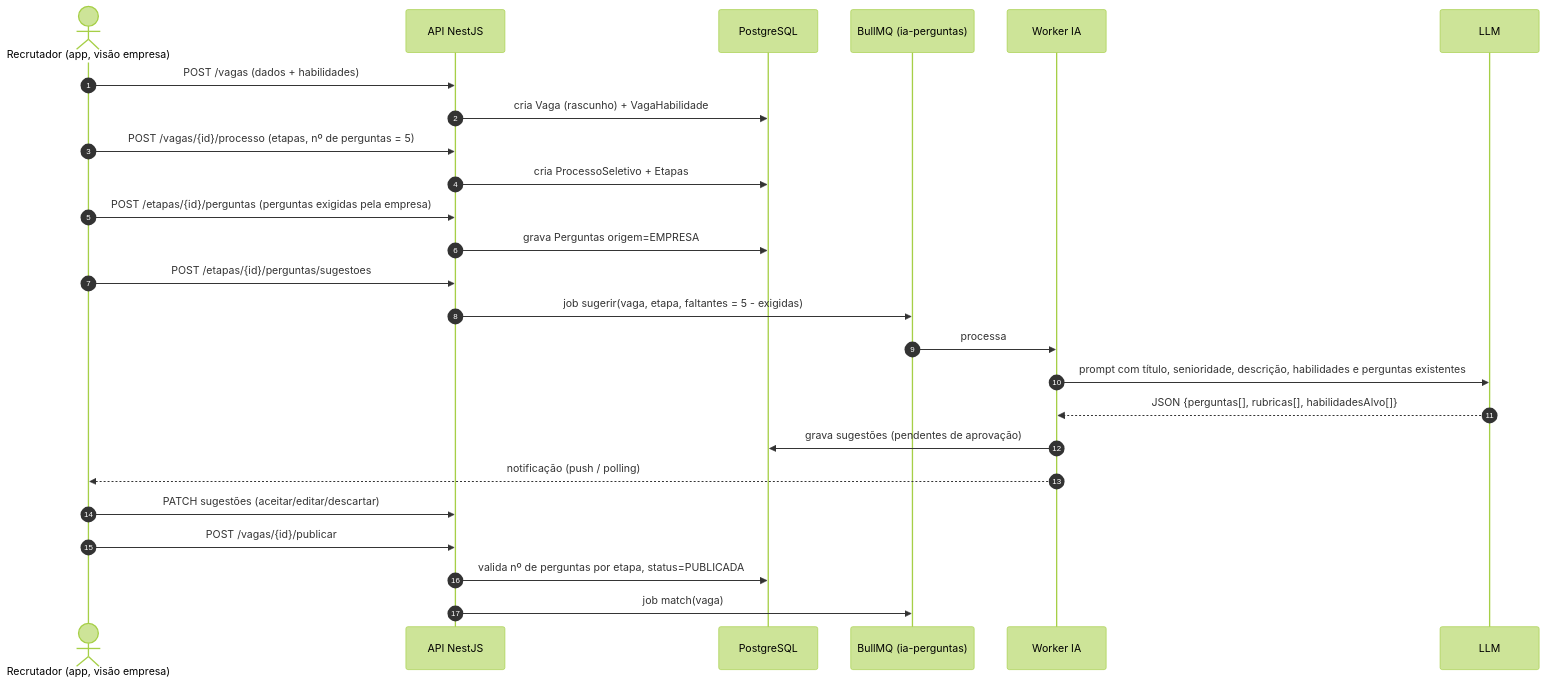
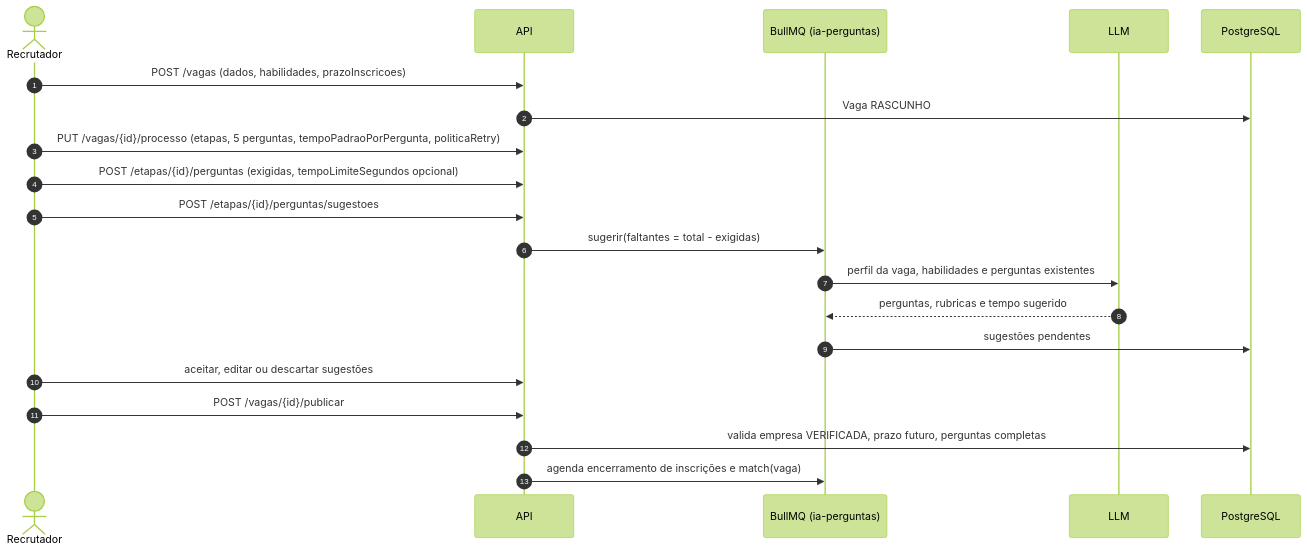
Before and after one commit to RenatoBS/sistema-candidatura-vagas: the ninth of 18 diagrams in docs/plano-sistema.md, drawn with Mermaid (forest theme). The commit also changed other lines of this file and 23 other files, not shown here.

First line of the commit message:
docs: incorpora decisões da revisão (voz em tempo real, 10 fases, regras de vaga e entrevista)

````diff
--- a/docs/plano-sistema.md
+++ b/docs/plano-sistema.md
@@ -490,27 +872,22 @@
 ```mermaid
 sequenceDiagram
   autonumber
-  actor R as Recrutador (app, visão empresa)
-  participant API as API NestJS
+  actor R as Recrutador
+  participant API as API
+  participant Q as BullMQ (ia-perguntas)
+  participant LLM as LLM
   participant DB as PostgreSQL
-  participant Q as BullMQ (ia-perguntas)
-  participant W as Worker IA
-  participant LLM as LLM
-  R->>API: POST /vagas (dados + habilidades)
-  API->>DB: cria Vaga (rascunho) + VagaHabilidade
-  R->>API: POST /vagas/{id}/processo (etapas, nº de perguntas = 5)
-  API->>DB: cria ProcessoSeletivo + Etapas
-  R->>API: POST /etapas/{id}/perguntas (perguntas exigidas pela empresa)
-  API->>DB: grava Perguntas origem=EMPRESA
+  R->>API: POST /vagas (dados, habilidades, prazoInscricoes)
+  API->>DB: Vaga RASCUNHO
+  R->>API: PUT /vagas/{id}/processo (etapas, 5 perguntas, tempoPadraoPorPergunta, politicaRetry)
+  R->>API: POST /etapas/{id}/perguntas (exigidas, tempoLimiteSegundos opcional)
   R->>API: POST /etapas/{id}/perguntas/sugestoes
-  API->>Q: job sugerir(vaga, etapa, faltantes = 5 - exigidas)
-  Q->>W: processa
-  W->>LLM: prompt com título, senioridade, descrição, habilidades e perguntas existentes
-  LLM-->>W: JSON {perguntas[], rubricas[], habilidadesAlvo[]}
-  W->>DB: grava sugestões (pendentes de aprovação)
-  W-->>R: notificação (push / polling)
-  R->>API: PATCH sugestões (aceitar/editar/descartar)
+  API->>Q: sugerir(faltantes = total - exigidas)
+  Q->>LLM: perfil da vaga, habilidades e perguntas existentes
+  LLM-->>Q: perguntas, rubricas e tempo sugerido
+  Q->>DB: sugestões pendentes
+  R->>API: aceitar, editar ou descartar sugestões
   R->>API: POST /vagas/{id}/publicar
-  API->>DB: valida nº de perguntas por etapa, status=PUBLICADA
-  API->>Q: job match(vaga)
+  API->>DB: valida empresa VERIFICADA, prazo futuro, perguntas completas
+  API->>Q: agenda encerramento de inscrições e match(vaga)
 ```
````
